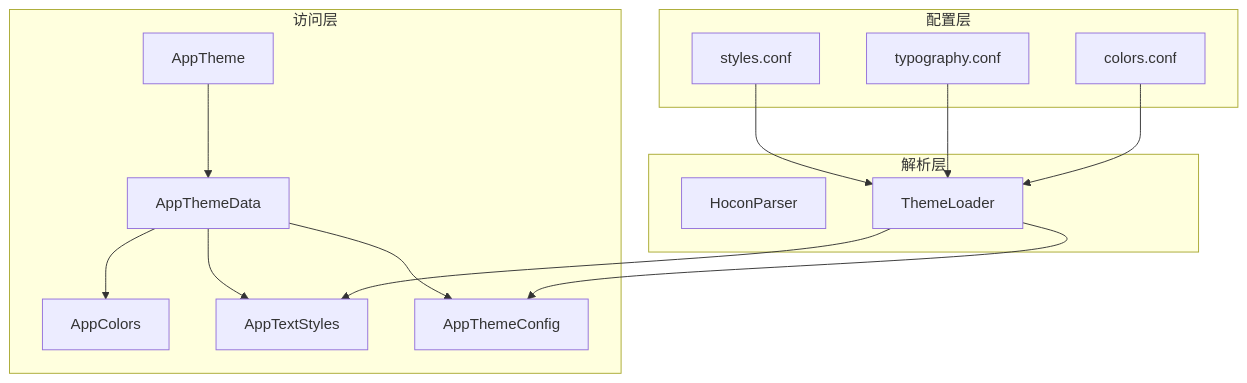
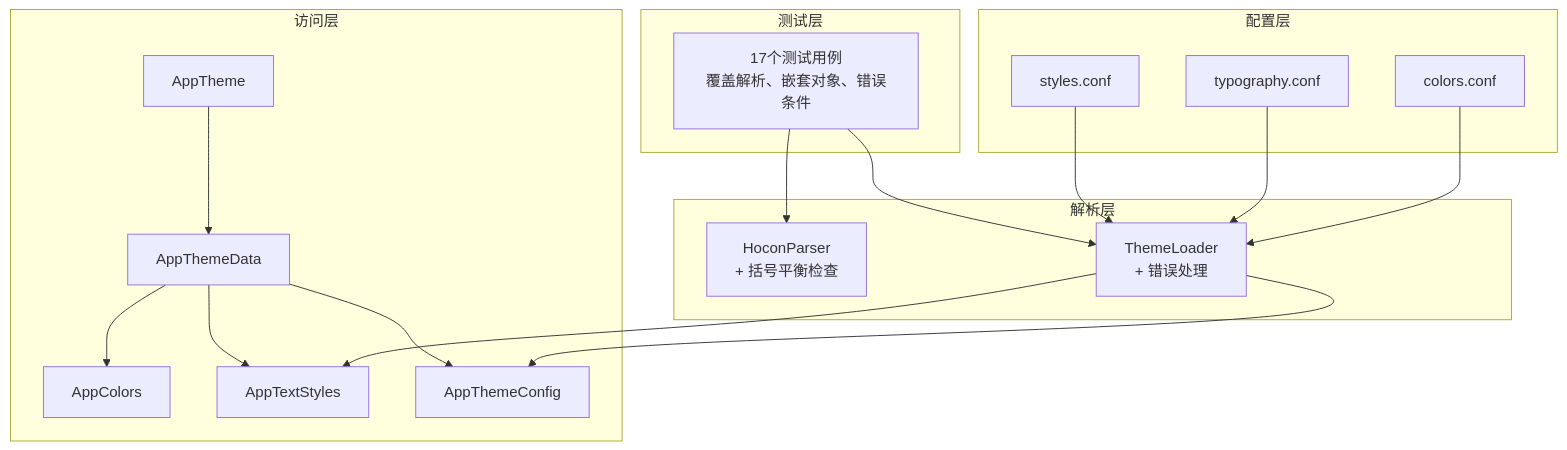
One commit to ZTfer/Tinycast changed the first of 8 diagrams in .qoder/repowiki/zh/content/UI 组件架构/主题系统.md. Above: the diagram before and after it, drawn with Mermaid. The commit also changed other lines of this file and 4 other files, not shown here.

````diff
--- a/.qoder/repowiki/zh/content/UI 组件架构/主题系统.md
+++ b/.qoder/repowiki/zh/content/UI 组件架构/主题系统.md
@@ -41,28 +59,33 @@
 ```mermaid
 graph TB
 subgraph "配置层"
 C["colors.conf"]
 T["typography.conf"]
 S["styles.conf"]
 end
 subgraph "解析层"
-H["HoconParser"]
-L["ThemeLoader"]
+H["HoconParser<br/>+ 括号平衡检查"]
+L["ThemeLoader<br/>+ 错误处理"]
 end
 subgraph "访问层"
 A["AppTheme"]
 D["AppThemeData"]
 AC["AppColors"]
 TS["AppTextStyles"]
 CFG["AppThemeConfig"]
+end
+subgraph "测试层"
+TEST["17个测试用例<br/>覆盖解析、嵌套对象、错误条件"]
 end
 C --> L
 T --> L
 S --> L
 L --> CFG
 L --> TS
 A --> D
 D --> CFG
 D --> TS
 D --> AC
+TEST --> H
+TEST --> L
 ```
````
